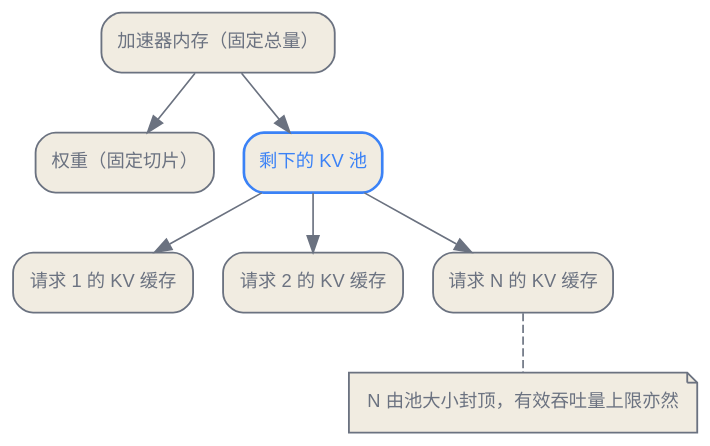
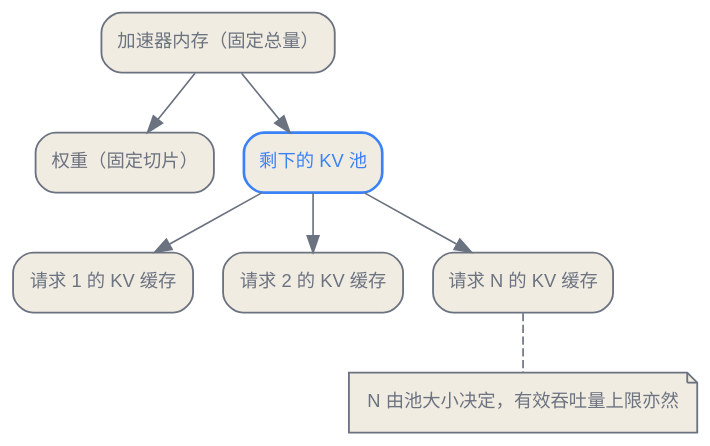
Before and after one commit to latere-ai/ai-as-an-infrastructure: the second of 2 diagrams in zh/inference/01-serving-problem.qmd, drawn with Graphviz. The commit also changed other lines of this file and 7 other files, not shown here.

````diff
--- a/zh/inference/01-serving-problem.qmd
+++ b/zh/inference/01-serving-problem.qmd
@@ -80,24 +80,24 @@
 ```{dot}
 //| label: fig-serving-problem-memory
-//| fig-cap: "加速器内存分成固定的权重切片与剩下的、由在飞请求共享的 KV 池。池的大小为能批进多少请求封顶，从而为有效吞吐量上限封顶。"
+//| fig-cap: "加速器内存分成固定的权重切片与剩下的、由在飞请求共享的 KV 池。池的大小决定能批进多少请求，从而决定有效吞吐量上限。"
 digraph memory {
   bgcolor="transparent";
   node [fontname="Helvetica", color="#6b7280", fontcolor="#6b7280", penwidth=1.1];
   edge [color="#6b7280", fontcolor="#6b7280"];
   rankdir=TB;
   node [shape=box, style="rounded,filled", fontsize=11, fillcolor="#f1ece1"];
   mem [label="加速器内存（固定总量）"];
   weights [label="权重（固定切片）"];
   pool [label="剩下的 KV 池", color="#3b82f6", fontcolor="#3b82f6", penwidth=1.6];
   mem -> weights;
   mem -> pool;
   r1 [label="请求 1 的 KV 缓存"];
   r2 [label="请求 2 的 KV 缓存"];
   rn [label="请求 N 的 KV 缓存"];
   pool -> r1;
   pool -> r2;
   pool -> rn;
-  cap [label="N 由池大小封顶，有效吞吐量上限亦然", shape=note, style=filled, fillcolor="#f1ece1"];
+  cap [label="N 由池大小决定，有效吞吐量上限亦然", shape=note, style=filled, fillcolor="#f1ece1"];
   rn -> cap [style=dashed, arrowhead=none];
 }
 ```
````
